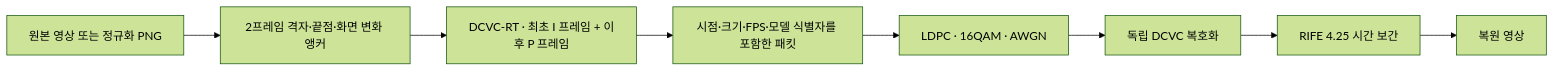
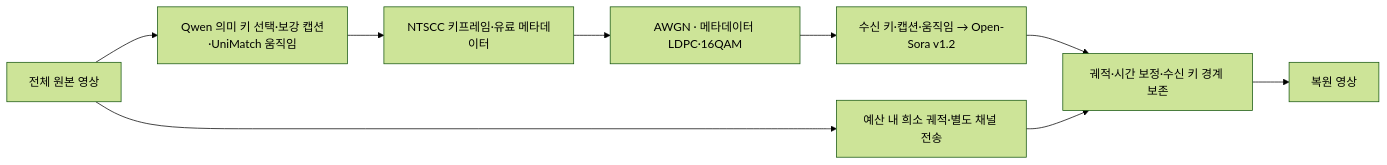
Before and after one commit to SangukBae/semantic_transmission: the diagram in README.md, drawn with Mermaid (forest theme). The commit also changed other lines of this file and 13 other files, not shown here.

````diff
--- a/README.md
+++ b/README.md
@@ -9,10 +9,11 @@
 ```mermaid
 flowchart LR
-    V[원본 영상 또는 정규화 PNG] --> A[2프레임 격자·끝점·화면 변화 앵커]
-    A --> C[DCVC-RT · 최초 I 프레임 + 이후 P 프레임]
-    C --> T[시점·크기·FPS·모델 식별자를 포함한 패킷]
-    T --> W[LDPC · 16QAM · AWGN]
-    W --> D[독립 DCVC 복호화]
-    D --> R[RIFE 4.25 시간 보간]
+    V[전체 원본 영상] --> A[Qwen 의미 키 선택·보강 캡션·UniMatch 움직임]
+    A --> T[NTSCC 키프레임·유료 메타데이터]
+    T --> W[AWGN · 메타데이터 LDPC·16QAM]
+    W --> D[수신 키·캡션·움직임 → Open-Sora v1.2]
+    V --> P[예산 내 희소 궤적·별도 채널 전송]
+    D --> R[궤적·시간 보정·수신 키 경계 보존]
+    P --> R
     R --> O[복원 영상]
 ```
````
